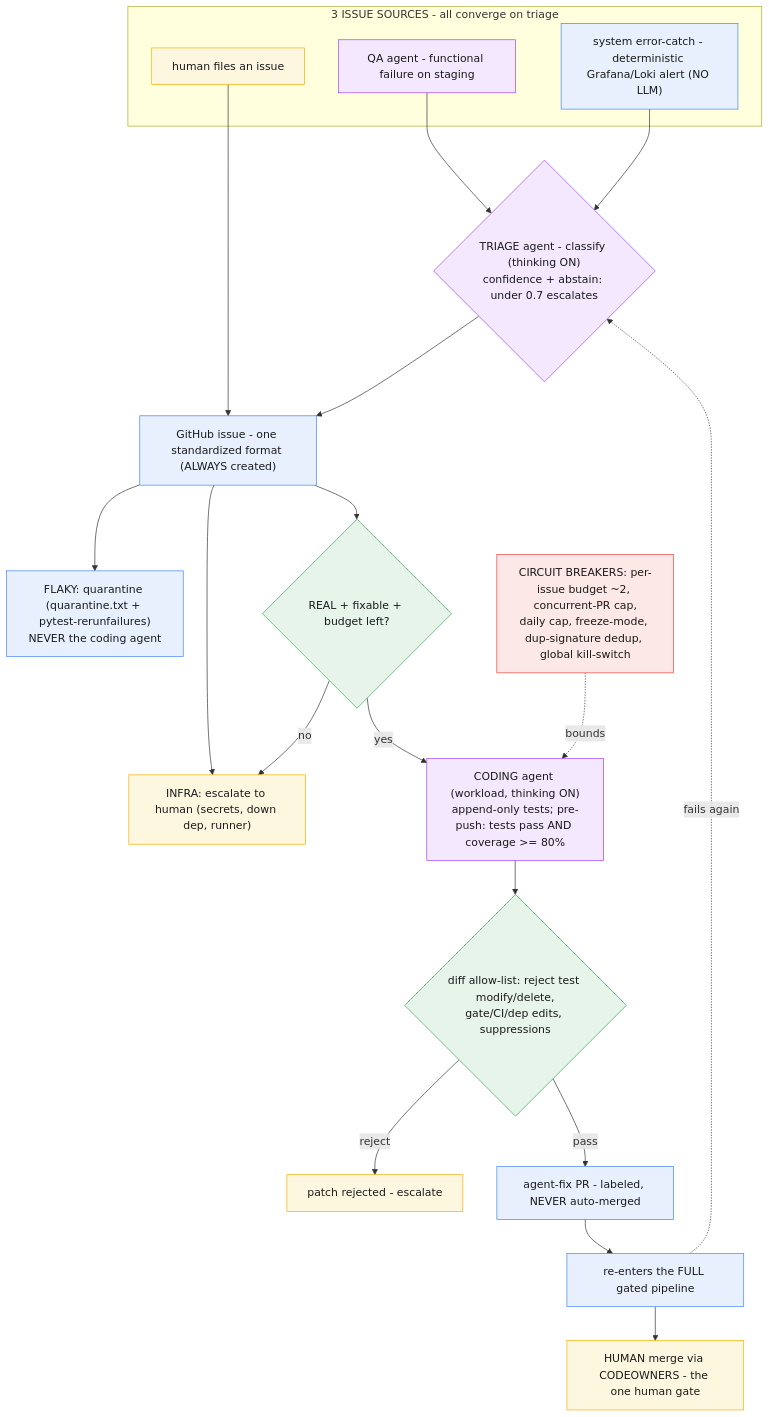
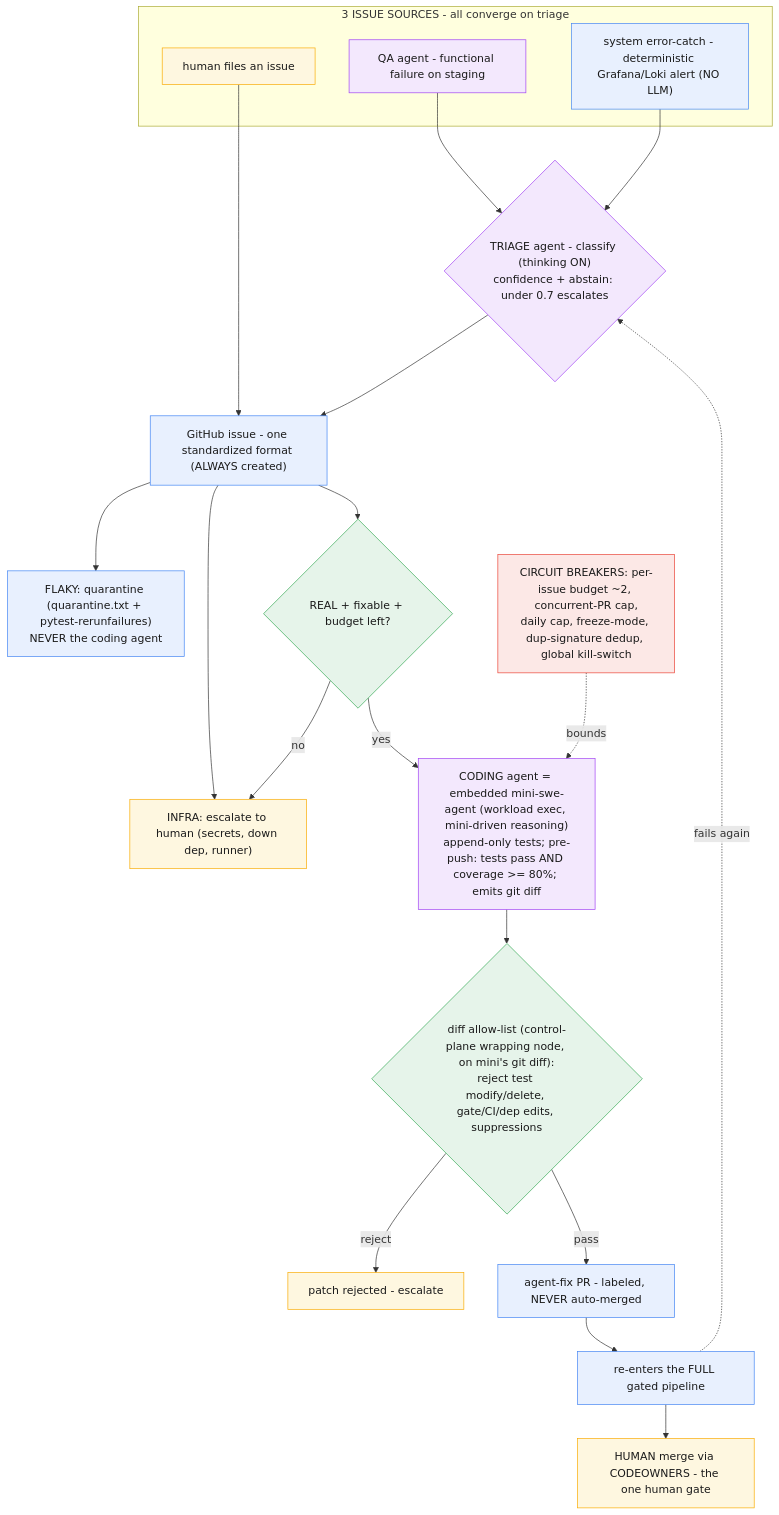
One commit to khiemhuynh95/pitcrew-ci changed the third of 7 diagrams in ARCHITECTURE_DIAGRAMS.md. Above: the diagram before and after it, drawn with Mermaid. The commit also changed other lines of this file and 3 other files, not shown here.

First line of the commit message:
Adopt embedded mini-swe-agent for the coding agent's inner loop

````diff
--- a/ARCHITECTURE_DIAGRAMS.md
+++ b/ARCHITECTURE_DIAGRAMS.md
@@ -166,47 +168,47 @@
 ```mermaid
 flowchart TB
     subgraph SRC["3 ISSUE SOURCES - all converge on triage"]
       QAFAIL["QA agent - functional failure on staging"]:::agent
       SYSERR["system error-catch - deterministic Grafana/Loki alert (NO LLM)"]:::pipe
       HUMANFILE["human files an issue"]:::human
     end
 
     TRIAGE{"TRIAGE agent - classify (thinking ON)<br/>confidence + abstain: under 0.7 escalates"}:::agent
     ISSUE["GitHub issue - one standardized format (ALWAYS created)"]:::pipe
 
     FLAKY["FLAKY: quarantine (quarantine.txt + pytest-rerunfailures)<br/>NEVER the coding agent"]:::pipe
     INFRA["INFRA: escalate to human (secrets, down dep, runner)"]:::human
     REAL{"REAL + fixable + budget left?"}:::gate
 
-    CODER["CODING agent (workload, thinking ON)<br/>append-only tests; pre-push: tests pass AND coverage >= 80%"]:::agent
-    ALLOW{"diff allow-list: reject test modify/delete,<br/>gate/CI/dep edits, suppressions"}:::gate
+    CODER["CODING agent = embedded mini-swe-agent (workload exec, mini-driven reasoning)<br/>append-only tests; pre-push: tests pass AND coverage >= 80%; emits git diff"]:::agent
+    ALLOW{"diff allow-list (control-plane wrapping node, on mini's git diff):<br/>reject test modify/delete, gate/CI/dep edits, suppressions"}:::gate
     HALT["patch rejected - escalate"]:::human
     FIXPR["agent-fix PR - labeled, NEVER auto-merged"]:::pipe
     PIPE["re-enters the FULL gated pipeline"]:::pipe
     MERGE["HUMAN merge via CODEOWNERS - the one human gate"]:::human
 
     BREAK["CIRCUIT BREAKERS: per-issue budget ~2, concurrent-PR cap,<br/>daily cap, freeze-mode, dup-signature dedup, global kill-switch"]:::govern
 
     QAFAIL --> TRIAGE
     SYSERR --> TRIAGE
     HUMANFILE --> ISSUE
     TRIAGE --> ISSUE
     ISSUE --> FLAKY
     ISSUE --> INFRA
     ISSUE --> REAL
     REAL -->|no| INFRA
     REAL -->|yes| CODER
     CODER --> ALLOW
     ALLOW -->|reject| HALT
     ALLOW -->|pass| FIXPR
     FIXPR --> PIPE
     PIPE --> MERGE
     PIPE -.fails again.-> TRIAGE
     BREAK -.bounds.-> CODER
 
     classDef agent fill:#f3e8fd,stroke:#a142f4,color:#1a1a1a
     classDef pipe fill:#e8f0fe,stroke:#4285f4,color:#1a1a1a
     classDef gate fill:#e6f4ea,stroke:#34a853,color:#1a1a1a
     classDef human fill:#fef7e0,stroke:#f9ab00,color:#1a1a1a
     classDef govern fill:#fce8e6,stroke:#ea4335,color:#1a1a1a
 ```
````
